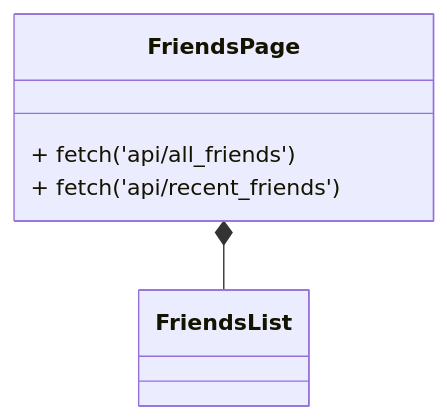
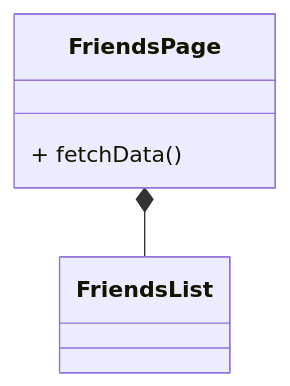
The fourth of 5 diagrams in documentation/docs/system-architecture/classdiagrams.md (jenniferlieu/project-lomo-in-person-gaming-app), drawn with Mermaid before and after one commit. The commit also changed other lines of this file, not shown here.

Commit message:
Add more components to the frontend class diagrams

````diff
--- a/documentation/docs/system-architecture/classdiagrams.md
+++ b/documentation/docs/system-architecture/classdiagrams.md
@@ -218,9 +199,7 @@
 ```mermaid
 classDiagram
     FriendsPage *-- FriendsList
-
     class FriendsPage{
-        + fetch('api/all_friends')
-        + fetch('api/recent_friends')
+        + fetchData()
     }
 ```
````
